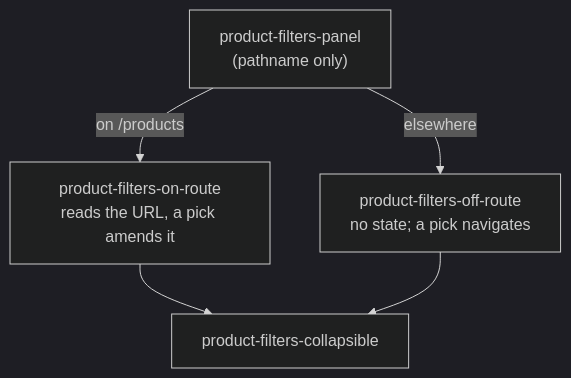
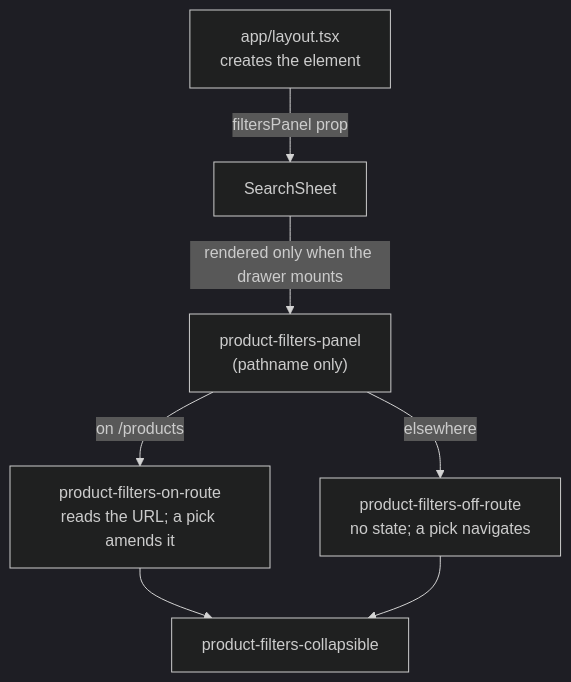
Before and after one commit to OffCrazyFreak/Disscount: the fifth of 5 diagrams in docs/MOBILE-NAV.md, drawn with Mermaid (dark theme). The commit also changed other lines of this file, not shown here.

````diff
--- a/docs/MOBILE-NAV.md
+++ b/docs/MOBILE-NAV.md
@@ -132,8 +287,9 @@
 ```mermaid
 flowchart TB
-    guard["product-filters-panel<br/>(pathname only)"]
-    guard -->|on /products| on["product-filters-on-route<br/>reads the URL, a pick amends it"]
-    guard -->|elsewhere| off["product-filters-off-route<br/>no state; a pick navigates"]
-    on --> shared["product-filters-collapsible"]
-    off --> shared
+    layout["app/layout.tsx<br/>creates the element"] -->|filtersPanel prop| sheetc["SearchSheet"]
+    sheetc -->|rendered only when the drawer mounts| guard["product-filters-panel<br/>(pathname only)"]
+    guard -->|on /products| onroute["product-filters-on-route<br/>reads the URL; a pick amends it"]
+    guard -->|elsewhere| offroute["product-filters-off-route<br/>no state; a pick navigates"]
+    onroute --> shared["product-filters-collapsible"]
+    offroute --> shared
 ```
````
